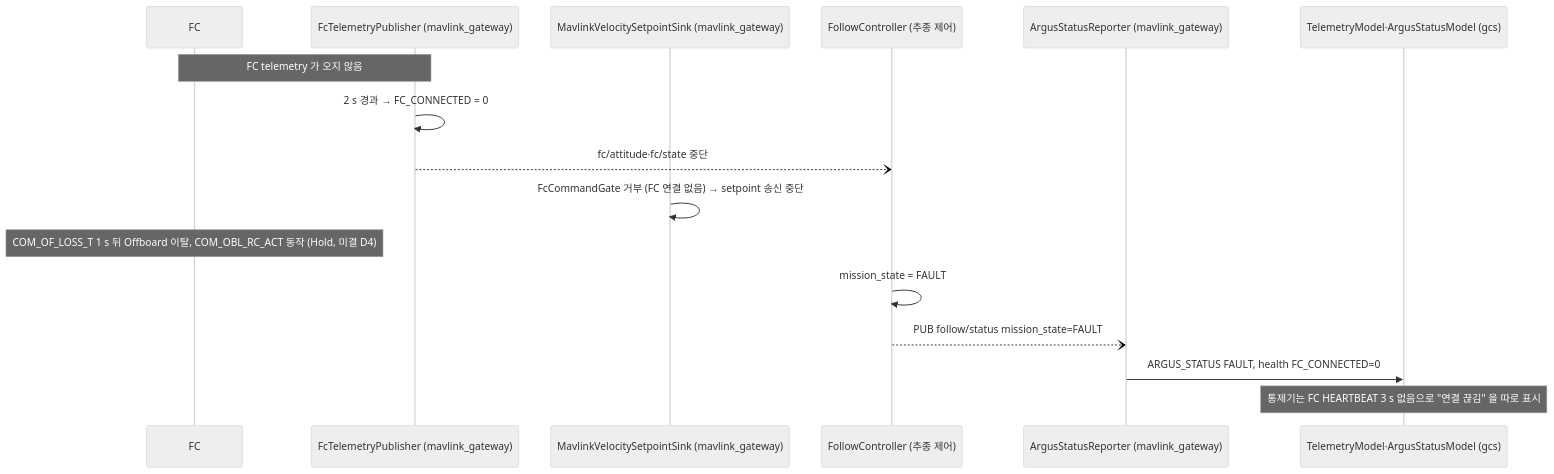
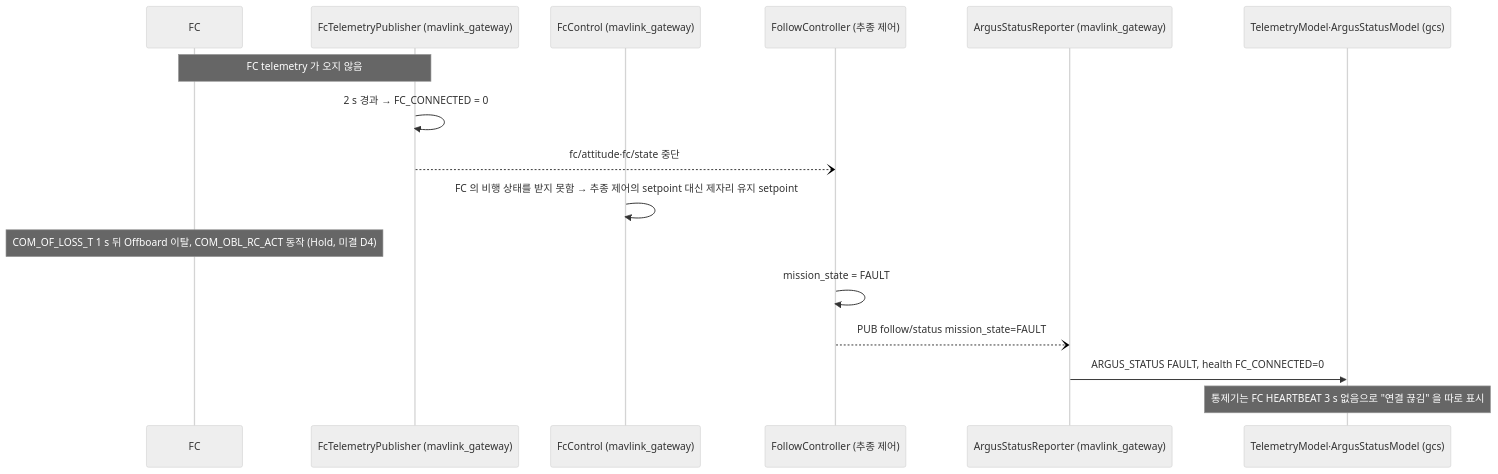
Before and after one commit to lig-argus/argus-edge-vision: the fourth of 4 diagrams in docs/design/uml/sequence.md, drawn with Mermaid (neutral theme). The commit also changed other lines of this file and 38 other files, not shown here.

First line of the commit message:
feat(onboard): FC 로의 Offboard 진입 명령과 setpoint 송신 추가 (FcControl) (#89)

````diff
--- a/docs/design/uml/sequence.md
+++ b/docs/design/uml/sequence.md
@@ -122,19 +122,19 @@
 ```mermaid
 sequenceDiagram
     participant fc as FC
     participant fct as FcTelemetryPublisher (mavlink_gateway)
-    participant spr as MavlinkVelocitySetpointSink (mavlink_gateway)
+    participant spr as FcControl (mavlink_gateway)
     participant ctl as FollowController (추종 제어)
     participant asr as ArgusStatusReporter (mavlink_gateway)
     participant gcs as TelemetryModel·ArgusStatusModel (gcs)
 
     Note over fc,fct: FC telemetry 가 오지 않음
     fct->>fct: 2 s 경과 → FC_CONNECTED = 0
     fct--)ctl: fc/attitude·fc/state 중단
-    spr->>spr: FcCommandGate 거부 (FC 연결 없음) → setpoint 송신 중단
+    spr->>spr: FC 의 비행 상태를 받지 못함 → 추종 제어의 setpoint 대신 제자리 유지 setpoint
     Note over fc: COM_OF_LOSS_T 1 s 뒤 Offboard 이탈, COM_OBL_RC_ACT 동작 (Hold, 미결 D4)
     ctl->>ctl: mission_state = FAULT
     ctl--)asr: PUB follow/status mission_state=FAULT
     asr->>gcs: ARGUS_STATUS FAULT, health FC_CONNECTED=0
     Note over gcs: 통제기는 FC HEARTBEAT 3 s 없음으로 "연결 끊김" 을 따로 표시
 ```
````
